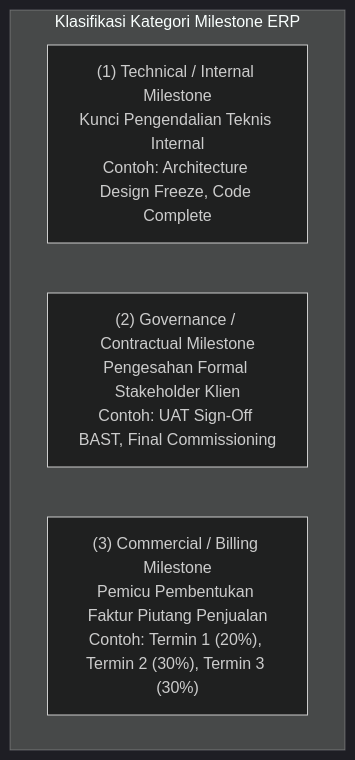
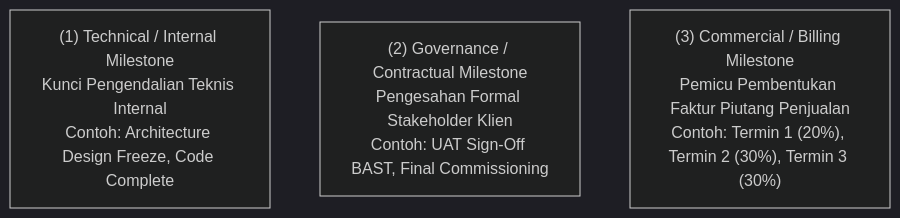
One commit to alimurrofid/erp-notes changed the second of 4 diagrams in content/09-project/project-task-and-milestone.md. Above: the diagram before and after it, drawn with Mermaid (dark theme). The commit also changed other lines of this file and 58 other files, not shown here.

Commit message:
fix(content):Mermaid Subgraph

````diff
--- a/content/09-project/project-task-and-milestone.md
+++ b/content/09-project/project-task-and-milestone.md
@@ -58,8 +58,6 @@
 ```mermaid
 graph TD
-    subgraph MilestoneCategories["Klasifikasi Kategori Milestone ERP"]
         Tech["(1) Technical / Internal Milestone<br/>Kunci Pengendalian Teknis Internal<br/>Contoh: Architecture Design Freeze, Code Complete"]
         Gov["(2) Governance / Contractual Milestone<br/>Pengesahan Formal Stakeholder Klien<br/>Contoh: UAT Sign-Off BAST, Final Commissioning"]
         Comm["(3) Commercial / Billing Milestone<br/>Pemicu Pembentukan Faktur Piutang Penjualan<br/>Contoh: Termin 1 (20%), Termin 2 (30%), Termin 3 (30%)"]
-    end
 ```
````
